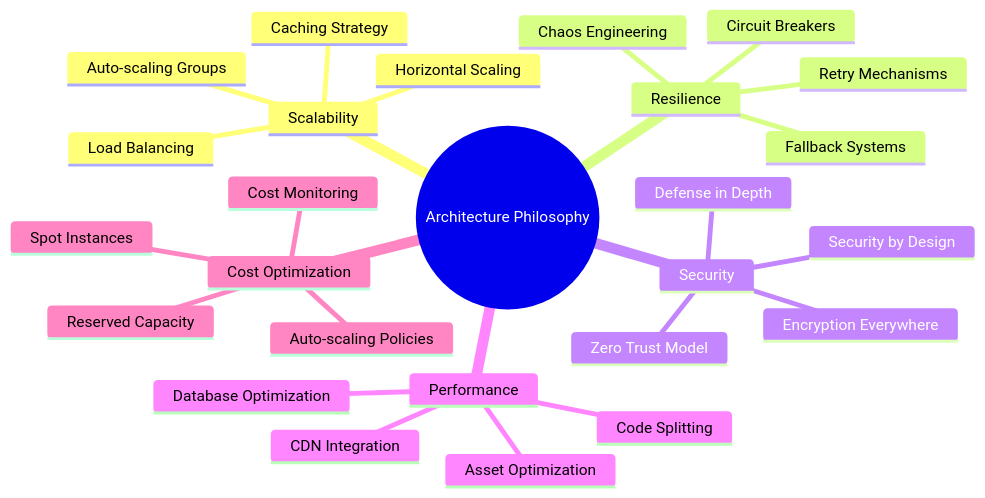
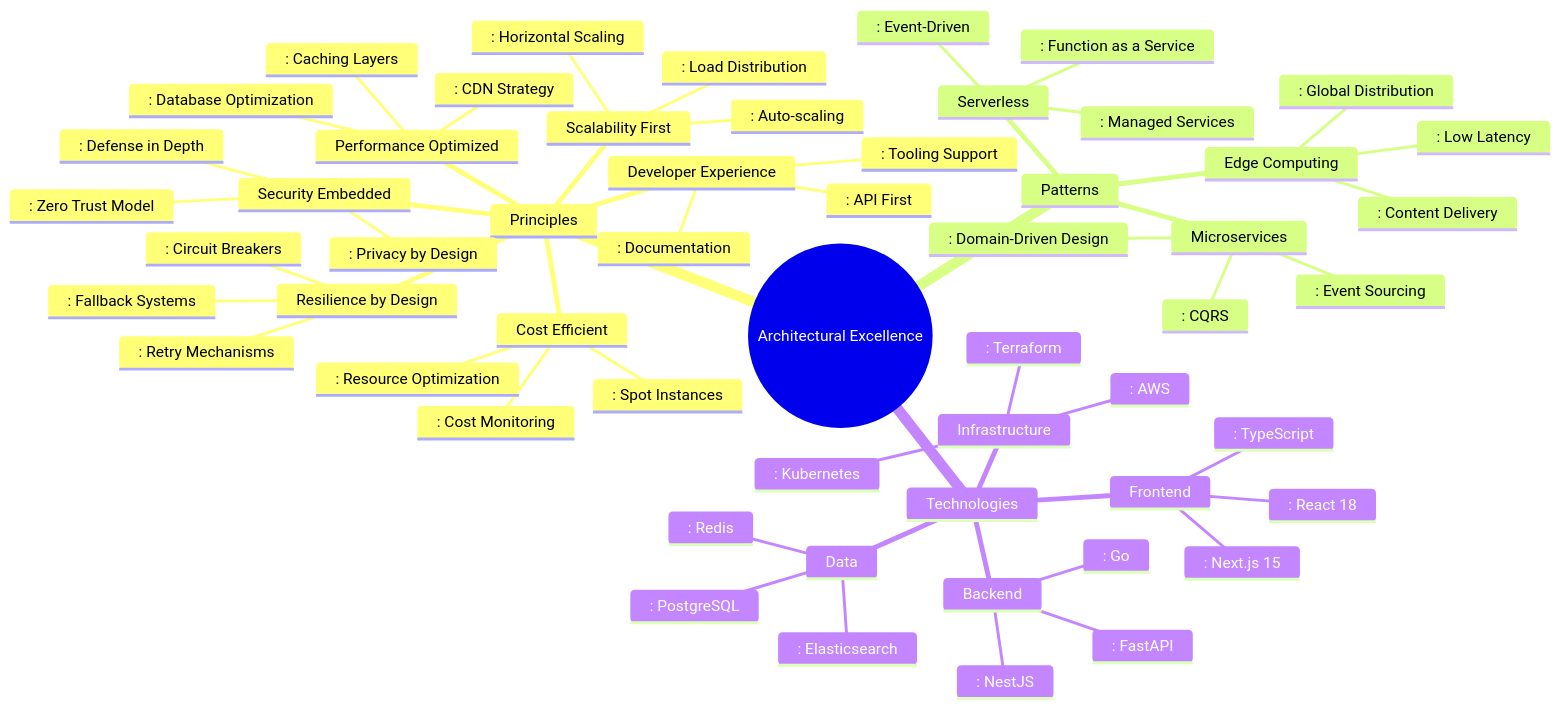
Before and after one commit to mentech93/mentech93: the fourth of 17 diagrams in README.md, drawn with Mermaid. The commit also changed other lines of this file, not shown here.

````diff
--- a/README.md
+++ b/README.md
@@ -250,29 +237,61 @@
 ```mermaid
 mindmap
-  root((Architecture Philosophy))
-    Scalability
-      Horizontal Scaling
-      Auto-scaling Groups
-      Load Balancing
-      Caching Strategy
-    Resilience
-      Circuit Breakers
-      Retry Mechanisms
-      Fallback Systems
-      Chaos Engineering
-    Security
-      Zero Trust Model
-      Defense in Depth
-      Encryption Everywhere
-      Security by Design
-    Performance
-      CDN Integration
-      Database Optimization
-      Code Splitting
-      Asset Optimization
-    Cost Optimization
-      Spot Instances
-      Reserved Capacity
-      Auto-scaling Policies
-      Cost Monitoring
+  root((Architectural Excellence))
+    Principles
+      Scalability First
+        : Horizontal Scaling
+        : Auto-scaling
+        : Load Distribution
+      Resilience by Design
+        : Circuit Breakers
+        : Retry Mechanisms
+        : Fallback Systems
+      Security Embedded
+        : Zero Trust Model
+        : Defense in Depth
+        : Privacy by Design
+      Performance Optimized
+        : CDN Strategy
+        : Caching Layers
+        : Database Optimization
+      Cost Efficient
+        : Spot Instances
+        : Resource Optimization
+        : Cost Monitoring
+      Developer Experience
+        : API First
+        : Documentation
+        : Tooling Support
+    
+    Patterns
+      Microservices
+        : Domain-Driven Design
+        : Event Sourcing
+        : CQRS
+      Serverless
+        : Function as a Service
+        : Event-Driven
+        : Managed Services
+      Edge Computing
+        : Global Distribution
+        : Low Latency
+        : Content Delivery
+    
+    Technologies
+      Frontend
+        : Next.js 15
+        : React 18
+        : TypeScript
+      Backend
+        : NestJS
+        : FastAPI
+        : Go
+      Infrastructure
+        : Kubernetes
+        : Terraform
+        : AWS
+      Data
+        : PostgreSQL
+        : Redis
+        : Elasticsearch
 ```
````
